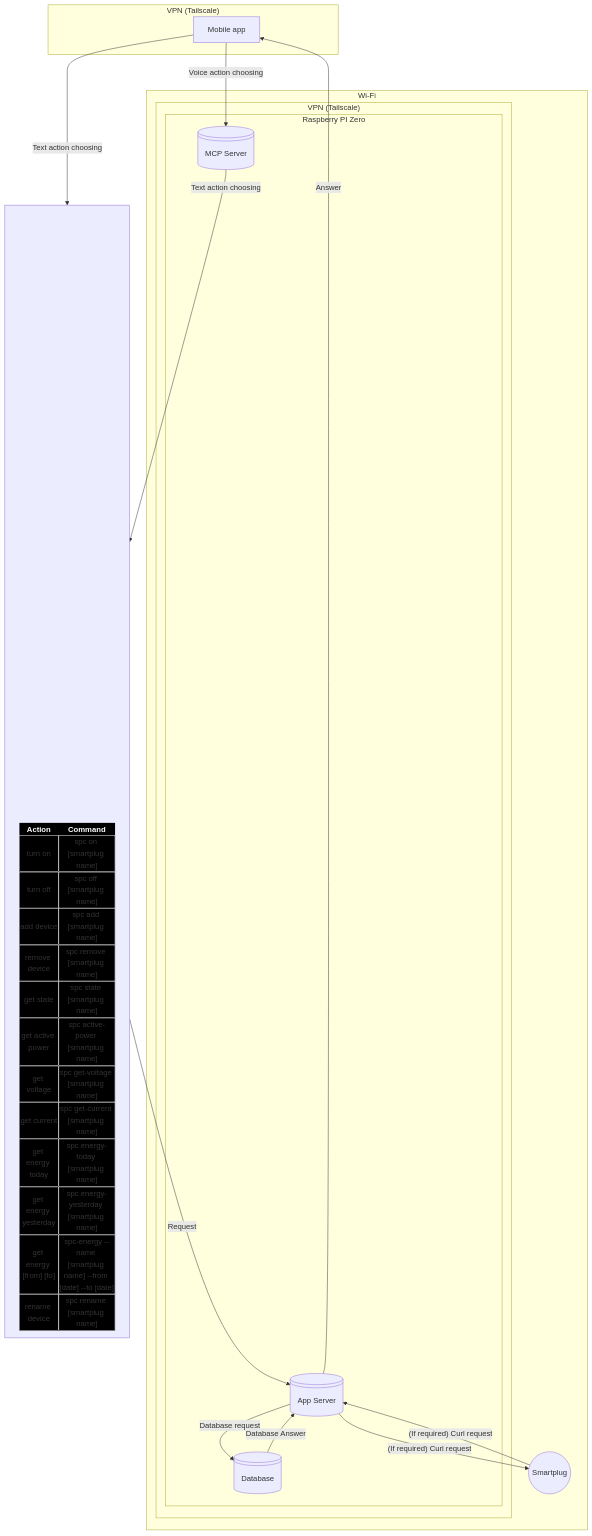
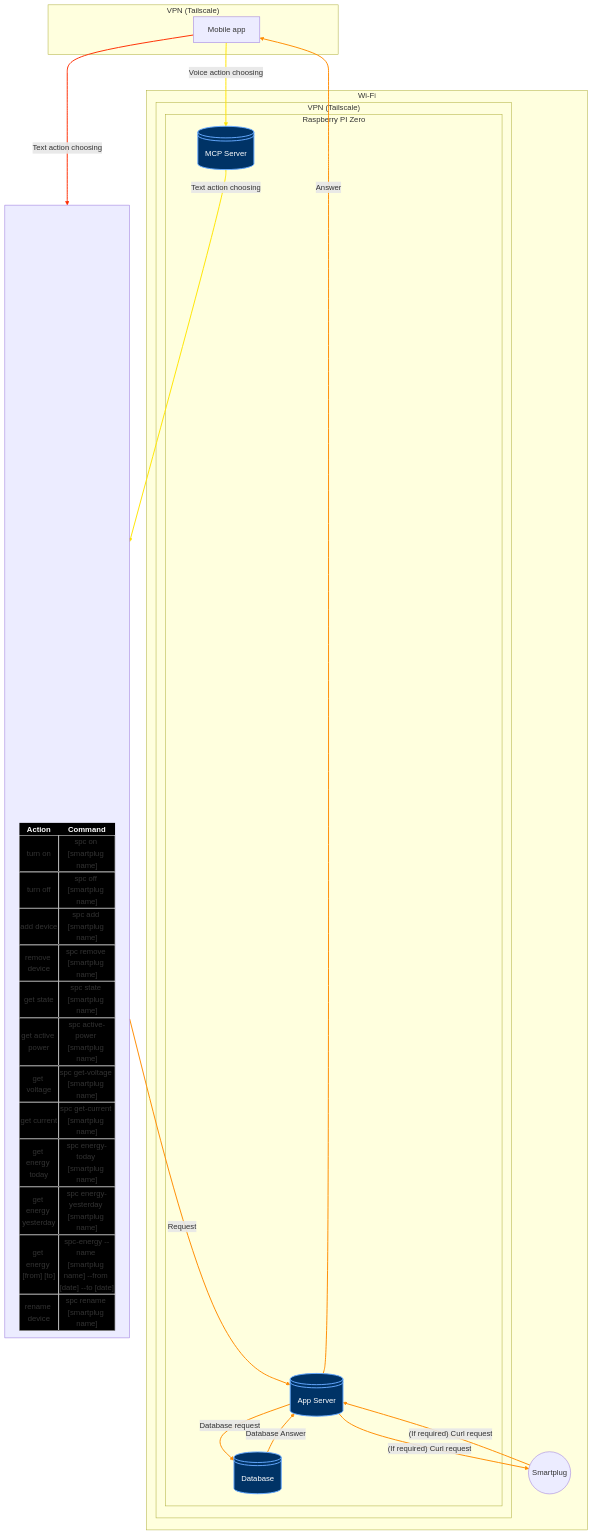
One commit to ziobrowskipiotr/App-Plug changed the diagram in README.md. Above: the diagram before and after it, drawn with Mermaid.

````diff
--- a/README.md
+++ b/README.md
@@ -69,6 +69,8 @@
         D@{ shape: lin-cyl, label: "Database" }
         E@{ shape: lin-cyl, label: "MCP Server" }
     end
+    classDef rpi fill:#003366,stroke:#66aaff,stroke-width:2px,color:white;
+    class C,D,E rpi;
     end
         F@{ shape: circle, label: "Smartplug" }
     end
@@ -82,4 +84,17 @@
     C -- "(If required) Curl request" --> F
     F -- "(If required) Curl request" --> C
     C -- "Answer" --> A
+
+    linkStyle 0 stroke:#FF2C00,stroke-width:2px;
+    linkStyle 1 stroke:#FFE500,stroke-width:2px;
+    linkStyle 2 stroke:#FF8C00,stroke-width:2px;
+    linkStyle 3 stroke:#FFE500,stroke-width:2px;
+    linkStyle 4 stroke:#FF8C00,stroke-width:2px;
+    linkStyle 5 stroke:#FF8C00,stroke-width:2px;
+    linkStyle 6 stroke:#FF8C00,stroke-width:2px;
+    linkStyle 7 stroke:#FF8C00,stroke-width:2px;
+    linkStyle 8 stroke:#FF8C00,stroke-width:2px;
+
+
+
 ```
````
